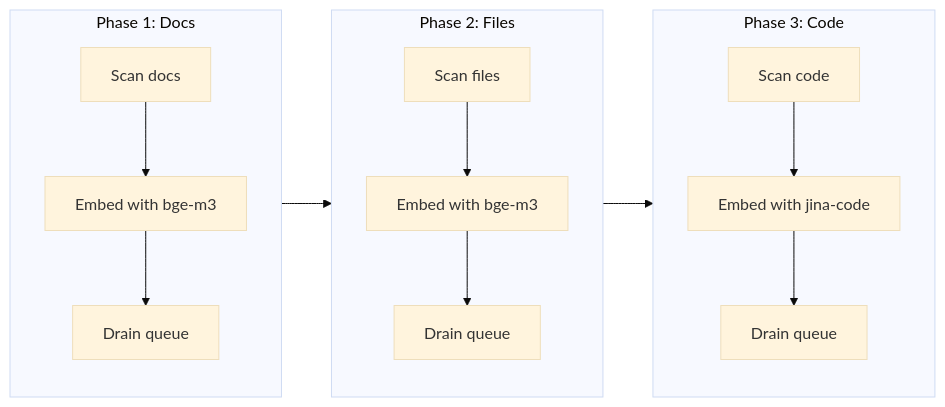
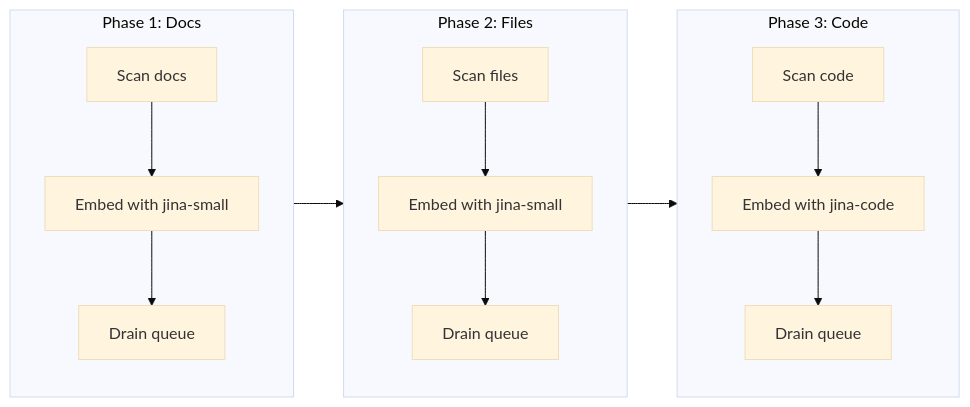
Before and after one commit to graph-memory/graphmemory: the diagram in site/docs/concepts/embeddings.md, drawn with Mermaid (base theme). The commit also changed other lines of this file and 22 other files, not shown here.

First line of the commit message:
docs: update default embedding model to jina-embeddings-v2-small-en

````diff
--- a/site/docs/concepts/embeddings.md
+++ b/site/docs/concepts/embeddings.md
@@ -130,16 +131,16 @@
 ```mermaid
 graph LR
     subgraph Phase1["Phase 1: Docs"]
-        D1[Scan docs] --> D2[Embed with bge-m3]
+        D1[Scan docs] --> D2[Embed with jina-small]
         D2 --> D3[Drain queue]
     end
     subgraph Phase2["Phase 2: Files"]
-        F1[Scan files] --> F2[Embed with bge-m3]
+        F1[Scan files] --> F2[Embed with jina-small]
         F2 --> F3[Drain queue]
     end
     subgraph Phase3["Phase 3: Code"]
         C1[Scan code] --> C2[Embed with jina-code]
         C2 --> C3[Drain queue]
     end
     Phase1 --> Phase2 --> Phase3
 ```
````
